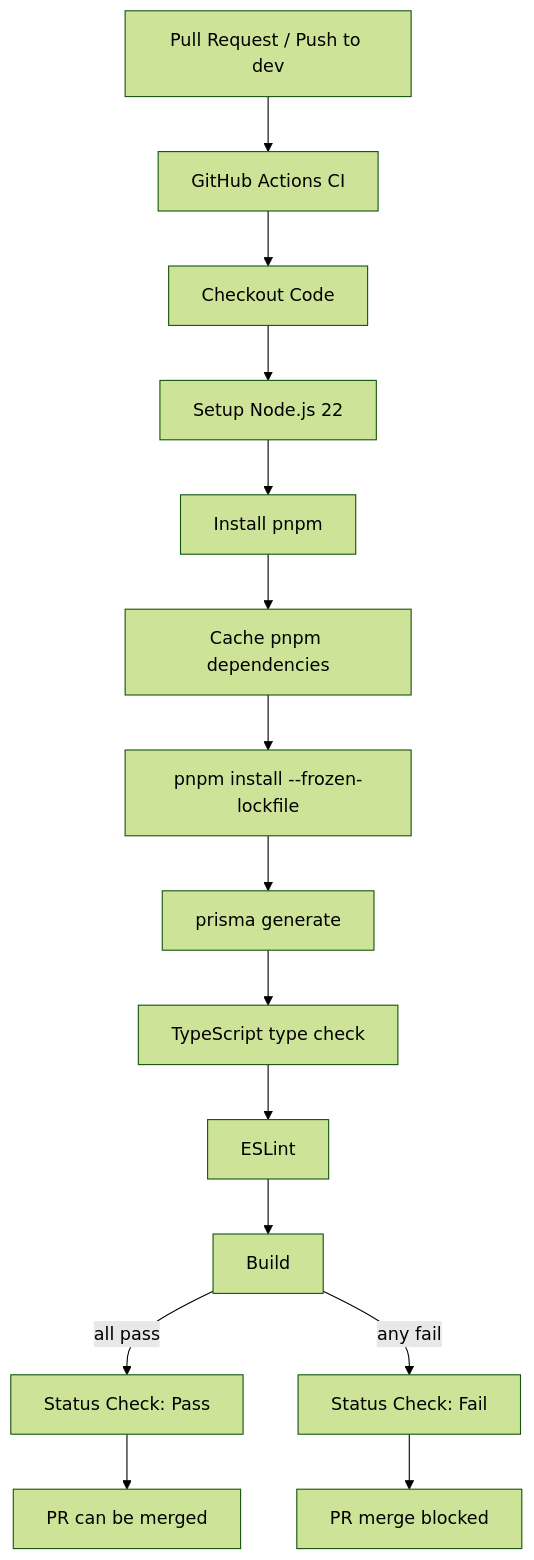
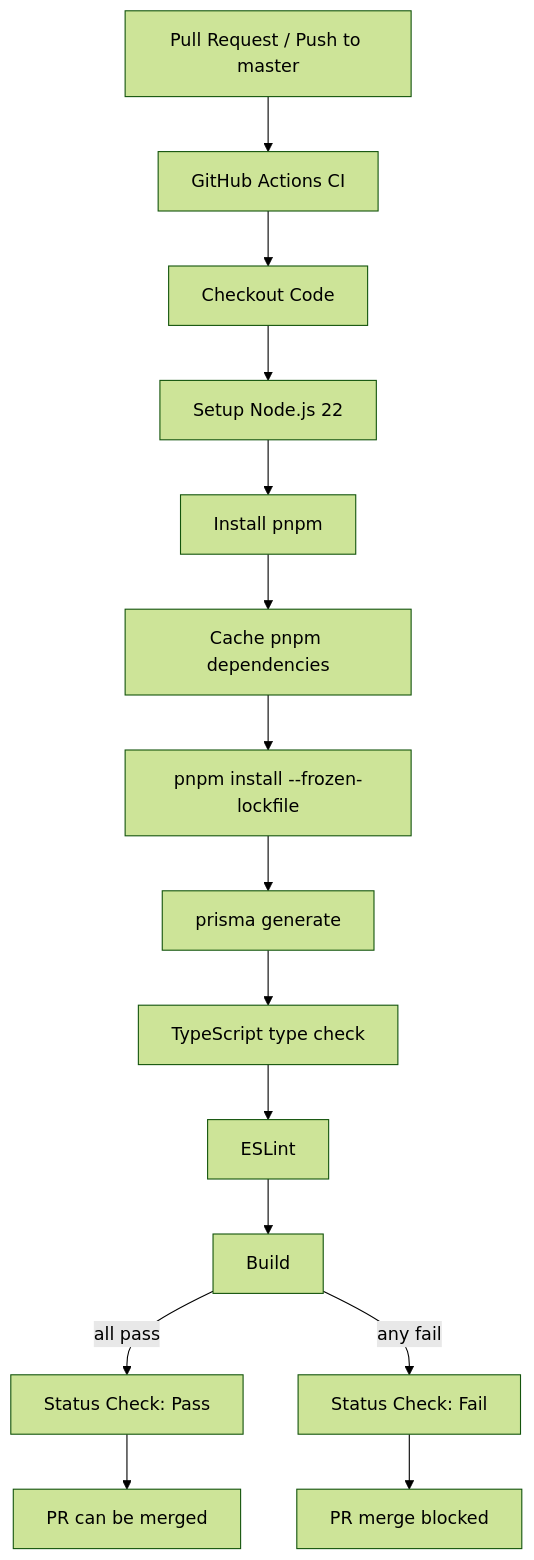
Before and after one commit to xuzuxing/beaconix: the ninth of 10 diagrams in README.md, drawn with Mermaid (forest theme). The commit also changed other lines of this file and 12 other files, not shown here.

````diff
--- a/README.md
+++ b/README.md
@@ -828,19 +823,19 @@
 ```mermaid
 graph TD
-    PR["Pull Request / Push to dev"] --> CI["GitHub Actions CI"]
+    PR["Pull Request / Push to master"] --> CI["GitHub Actions CI"]
 
     CI --> CHECKOUT["Checkout Code"]
     CHECKOUT --> NODE["Setup Node.js 22"]
     NODE --> PNPM["Install pnpm"]
     PNPM --> CACHE["Cache pnpm dependencies"]
     CACHE --> INSTALL["pnpm install --frozen-lockfile"]
     INSTALL --> GENERATE["prisma generate"]
     GENERATE --> TYPECHECK["TypeScript type check"]
     TYPECHECK --> LINT["ESLint"]
     LINT --> BUILD["Build"]
     BUILD -->|all pass| STATUS["Status Check: Pass"]
     BUILD -->|any fail| FAIL["Status Check: Fail"]
 
     STATUS --> MERGE["PR can be merged"]
     FAIL --> BLOCKED["PR merge blocked"]
 ```
````
